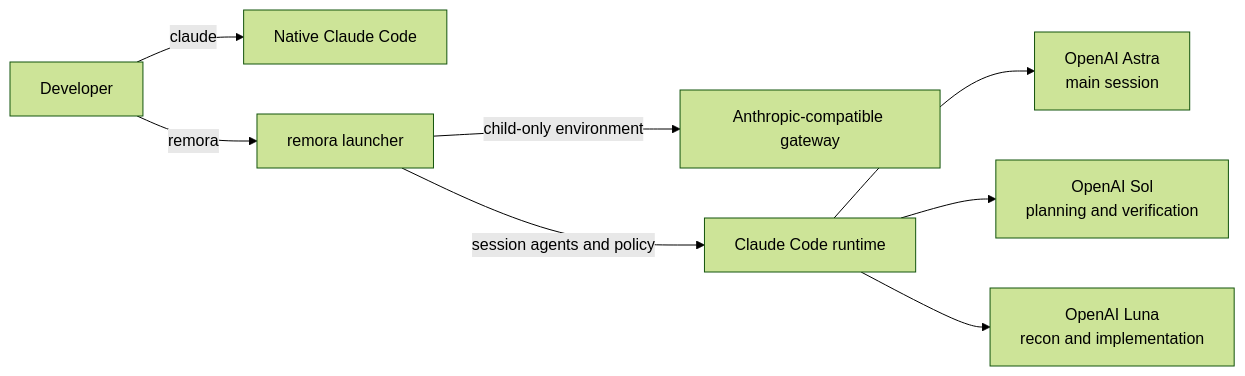
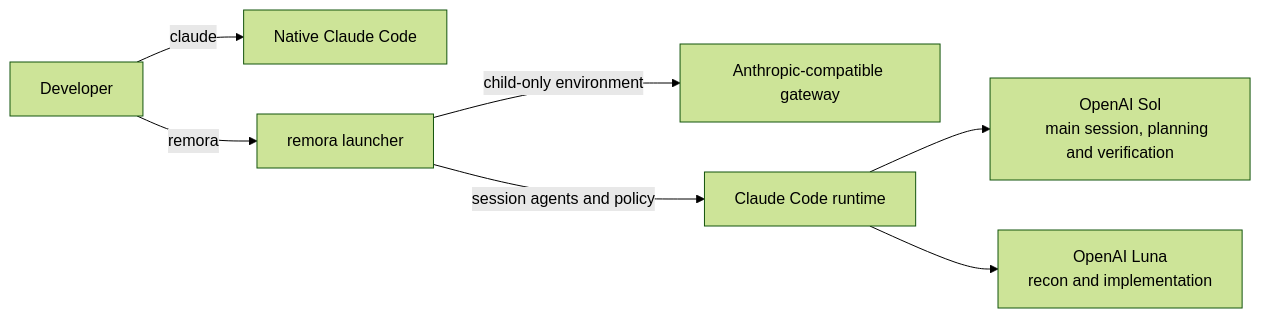
One commit to Nanako0129/remora-cc changed the diagram in README.md. Above: the diagram before and after it, drawn with Mermaid (forest theme). The commit also changed other lines of this file and 23 other files, not shown here.

````diff
--- a/README.md
+++ b/README.md
@@ -67,13 +67,11 @@
 ```mermaid
 flowchart LR
     USER["Developer"] -->|claude| NATIVE["Native Claude Code"]
     USER -->|remora| LAUNCHER["remora launcher"]
     LAUNCHER -->|child-only environment| GATEWAY["Anthropic-compatible gateway"]
     LAUNCHER -->|session agents and policy| RUNTIME["Claude Code runtime"]
-    RUNTIME --> ASTRA["OpenAI Astra
-    main session"]
     RUNTIME --> SOL["OpenAI Sol
-planning and verification"]
+    main session, planning and verification"]
     RUNTIME --> LUNA["OpenAI Luna
 recon and implementation"]
 ```
````
